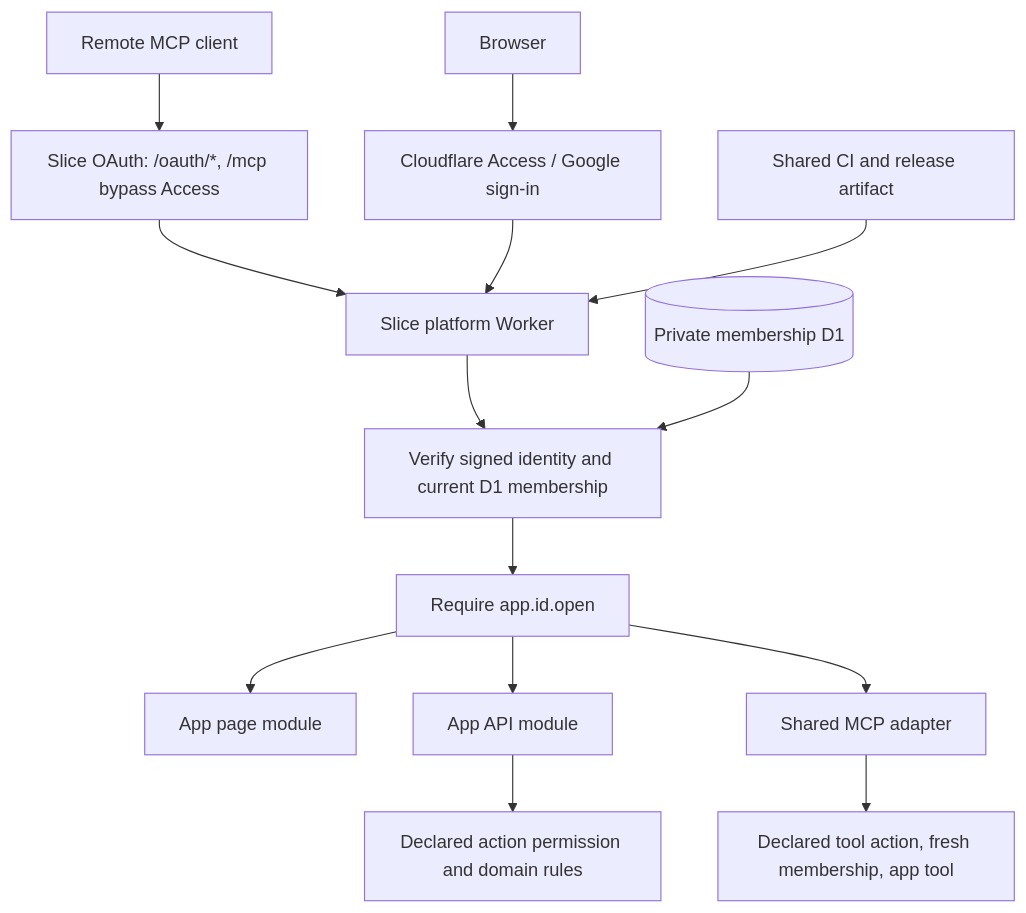
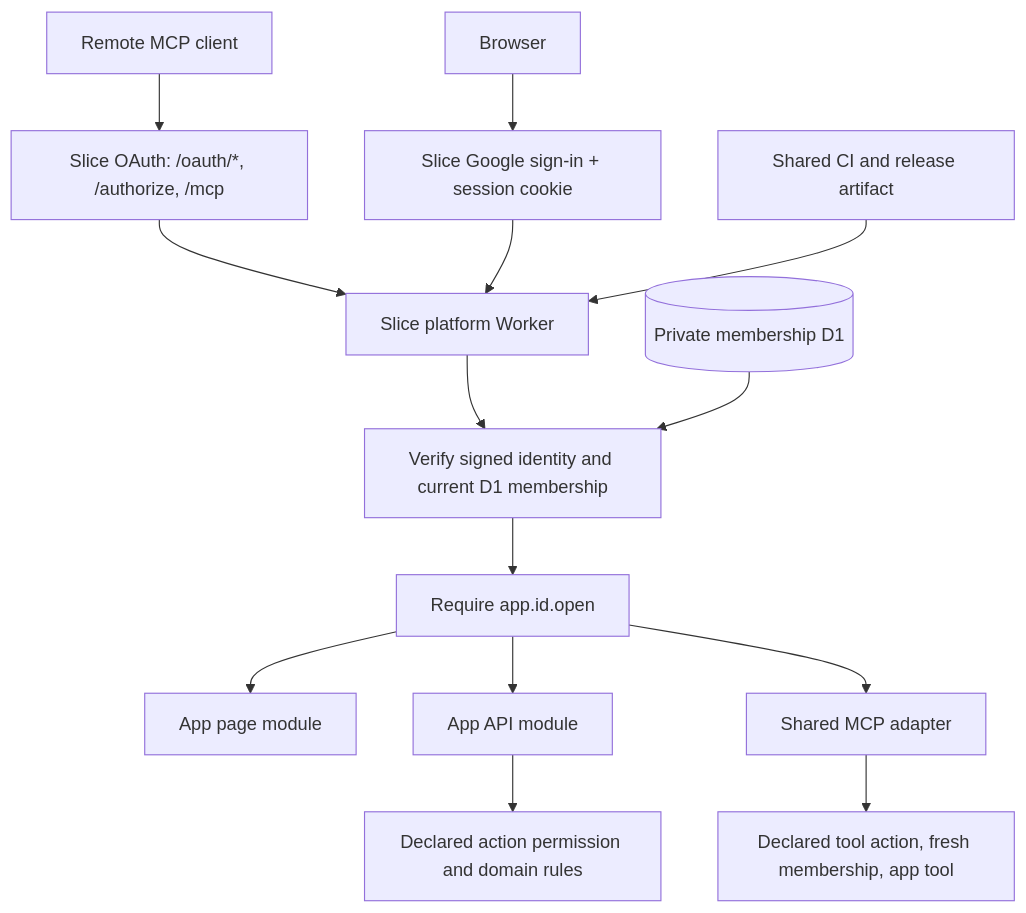
Before and after one commit to sliceconsultingsu/slice-launcher: the diagram in docs/architecture.md, drawn with Mermaid. The commit also changed other lines of this file and 51 other files, not shown here.

First line of the commit message:
Replace Cloudflare Access with Slice's own Google sign-in (#62)

````diff
--- a/docs/architecture.md
+++ b/docs/architecture.md
@@ -21,16 +21,16 @@
 ```mermaid
 flowchart TD
-  Browser --> Access[Cloudflare Access / Google sign-in]
-  Client[Remote MCP client] --> OAuth[Slice OAuth: /oauth/*, /mcp bypass Access]
+  Browser --> SignIn[Slice Google sign-in + session cookie]
+  Client[Remote MCP client] --> OAuth[Slice OAuth: /oauth/*, /authorize, /mcp]
   OAuth --> Host
-  Access --> Host[Slice platform Worker]
+  SignIn --> Host[Slice platform Worker]
   Host --> Gate[Verify signed identity and current D1 membership]
   Gate --> Capability[Require app.id.open]
   Capability --> Page[App page module]
   Capability --> API[App API module]
   Capability --> MCP[Shared MCP adapter]
   MCP --> Tool[Declared tool action, fresh membership, app tool]
   API --> Action[Declared action permission and domain rules]
   D1[(Private membership D1)] --> Gate
   CI[Shared CI and release artifact] --> Host
 ```
````
